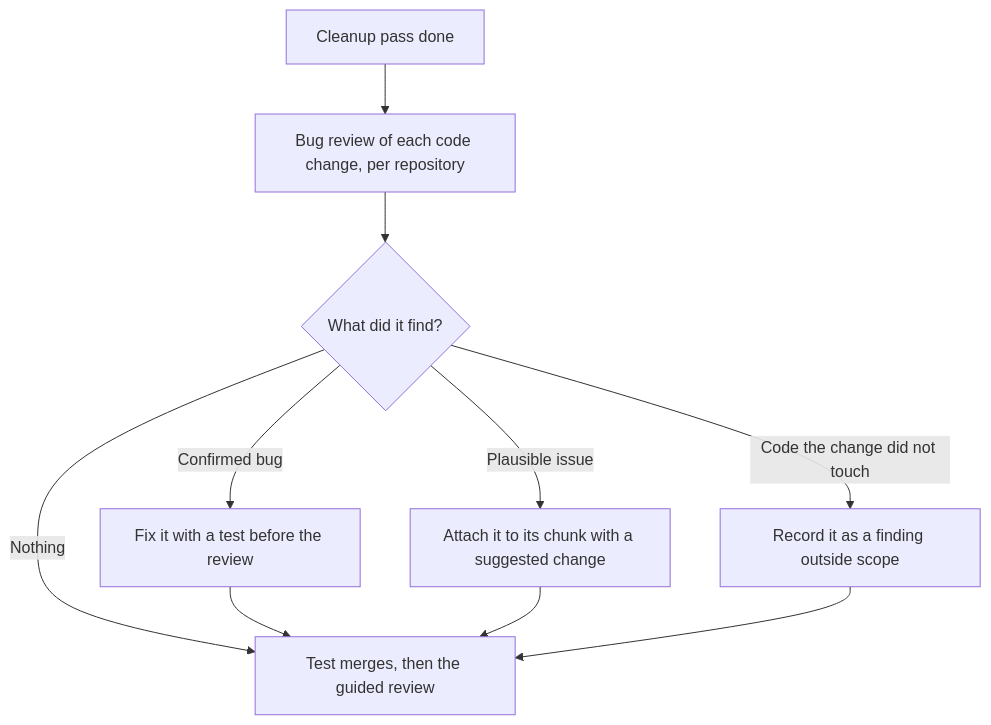
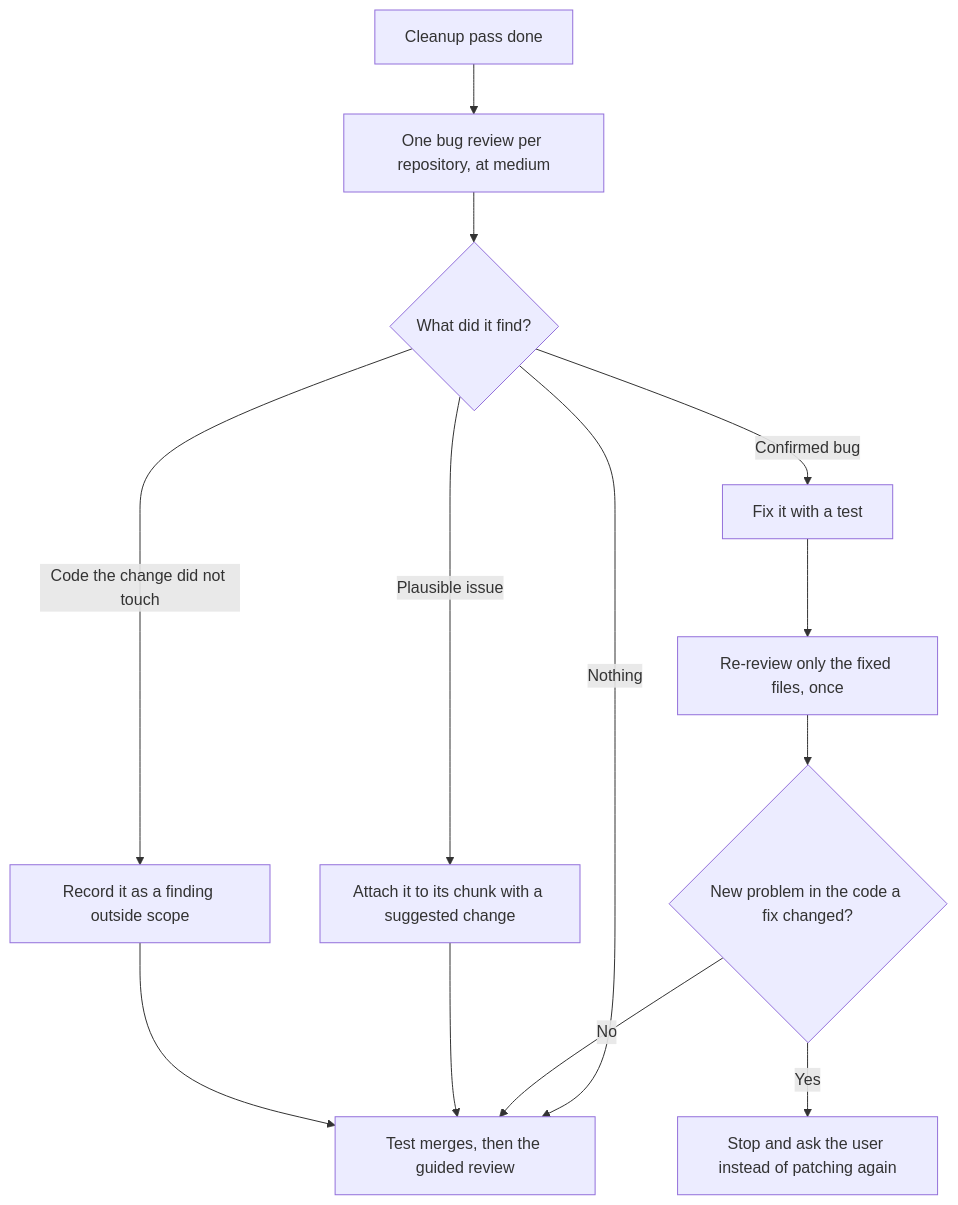
The diagram in skills/spec-workflow/references/bug-review.md (fsw0422/.ksp), drawn with Mermaid before and after one commit. The commit also changed other lines of this file and 8 other files, not shown here.

First line of the commit message:
Spec Workflow: merge in the guided review and limit bug review reruns

````diff
--- a/skills/spec-workflow/references/bug-review.md
+++ b/skills/spec-workflow/references/bug-review.md
@@ -5,12 +5,15 @@
 ```mermaid
 flowchart TD
-    Clean[Cleanup pass done] --> Run[Bug review of each code change, per repository]
+    Clean[Cleanup pass done] --> Run[One bug review per repository, at medium]
     Run --> Found{What did it find?}
     Found -->|Nothing| Next[Test merges, then the guided review]
-    Found -->|Confirmed bug| Fix[Fix it with a test before the review]
-    Fix --> Next
+    Found -->|Confirmed bug| Fix[Fix it with a test]
+    Fix --> Again[Re-review only the fixed files, once]
+    Again --> Broke{New problem in the code a fix changed?}
+    Broke -->|No| Next
+    Broke -->|Yes| Ask[Stop and ask the user instead of patching again]
     Found -->|Plausible issue| Attach[Attach it to its chunk with a suggested change]
     Attach --> Next
     Found -->|Code the change did not touch| Outside[Record it as a finding outside scope]
     Outside --> Next
 ```
````
